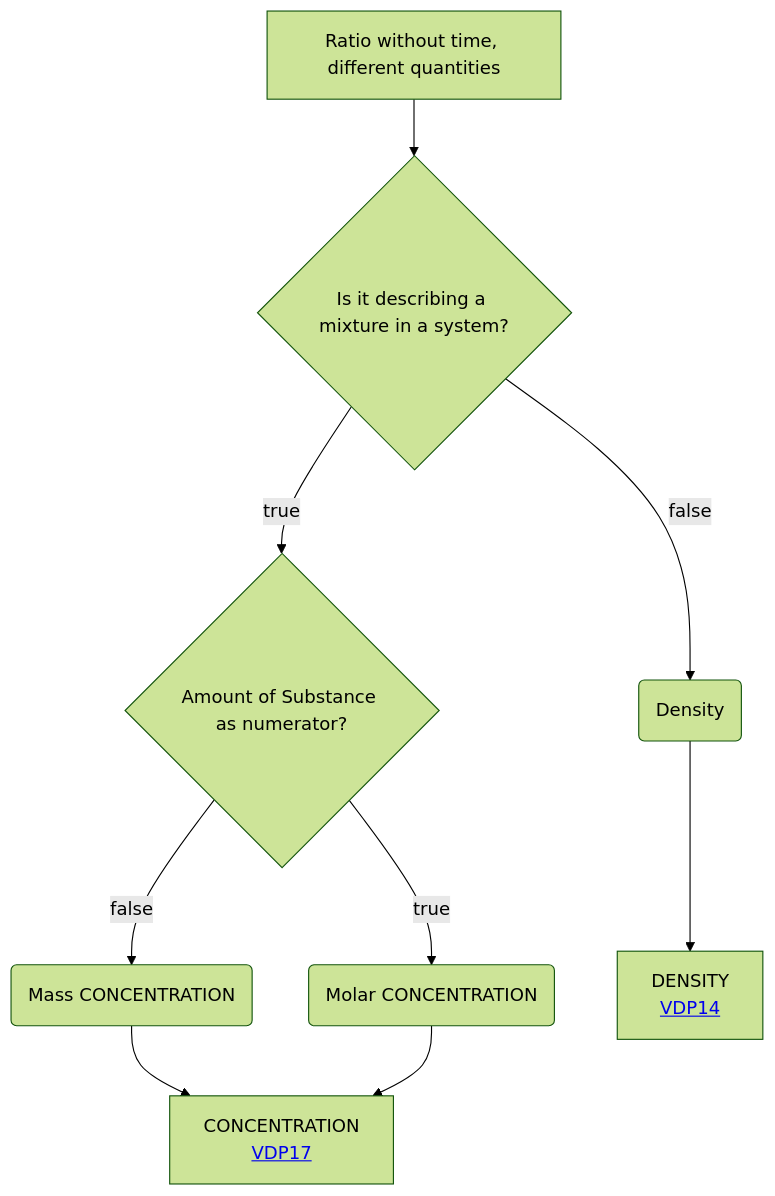
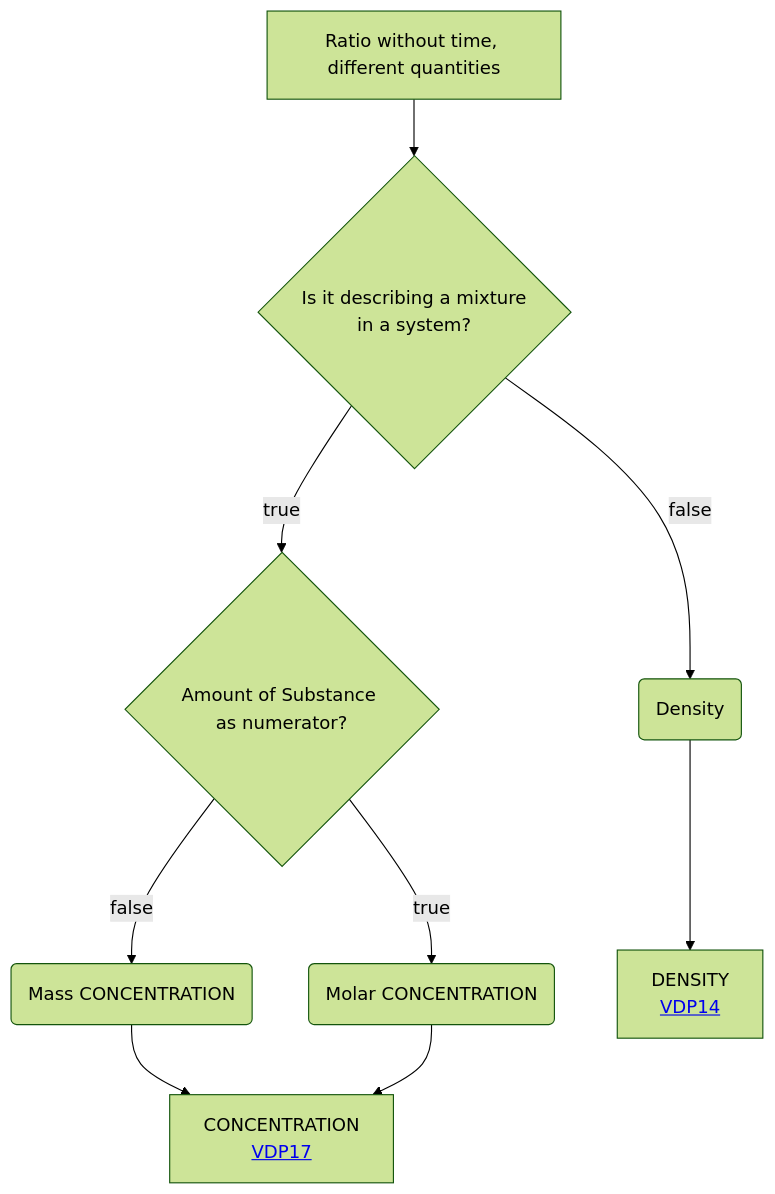
One commit to mabablue/I-ADOPT-patterns-playground changed the diagram in Decisition_trees/DT4.mmd. Above: the diagram before and after it, drawn with Mermaid (forest theme).

```diff
--- a/Decisition_trees/DT4.mmd
+++ b/Decisition_trees/DT4.mmd
@@ -1,9 +1,9 @@
 flowchart TD
-    A[Ratio without time, different quantities] --> P{Is it describing a mixture in a system?}
+    A[Ratio without time, different quantities] --> P{Is it describing a mixture <br> in a system?}
     P --> |true|Q{Amount of Substance as numerator?}
     Q --> |true|R(Molar CONCENTRATION)
     Q --> |false|S(Mass CONCENTRATION)
     P --> |false|U(Density)
     S --> T[CONCENTRATION <br> <a href='https://github.com/mabablue/I-ADOPT-patterns-playground/blob/main/pattern/VDP17.yaml'>VDP17</a>]
     R --> T
     U --> V[DENSITY <br> <a href='https://github.com/mabablue/I-ADOPT-patterns-playground/blob/main/pattern/VDP14.yaml'>VDP14</a>]
```
